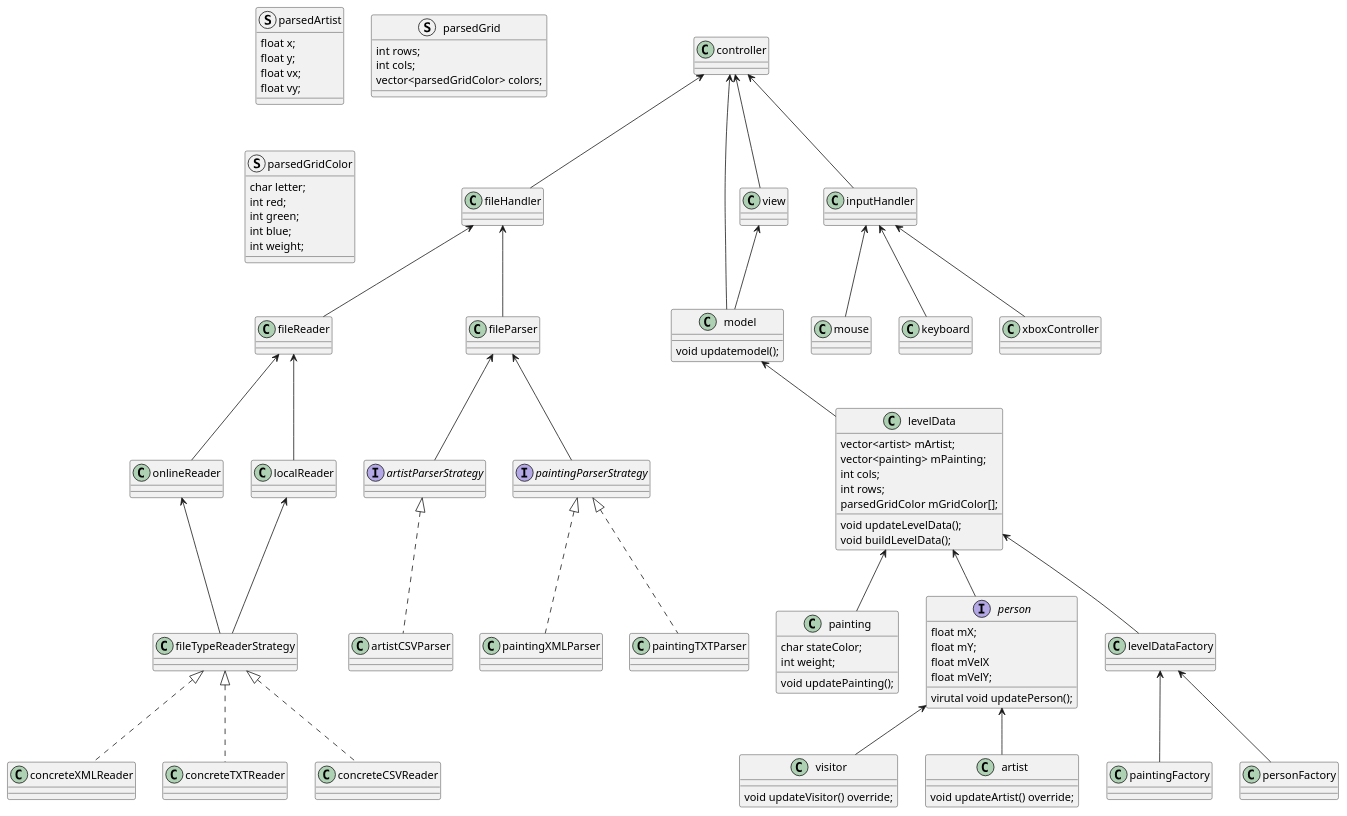
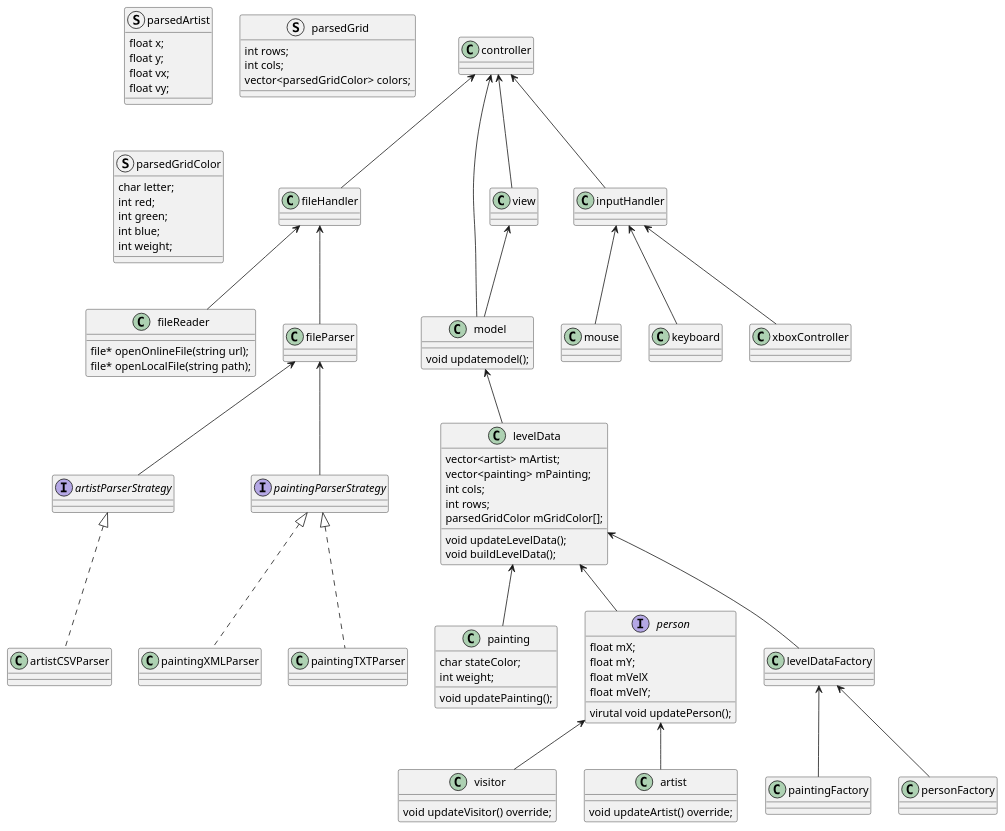
One commit to heavydragon99/AlgaDepa_Assesment changed the diagram in docs/classDiagram.puml. Above: the diagram before and after it, drawn with PlantUML.

Commit message:
Updated class diagram
Removed classes under fileReader and made it into function

```diff
--- a/docs/classDiagram.puml
+++ b/docs/classDiagram.puml
@@ -1,188 +1,159 @@
 @startuml
 
 class fileHandler {
 }
 
 class fileReader {
+    file* openOnlineFile(string url);
+    file* openLocalFile(string path);
 }
 
 class fileParser {
 }
 
 interface artistParserStrategy {
 
 }
 
 interface paintingParserStrategy {
 
 }
 
 
 class artistCSVParser{ 
 }
 
 class paintingXMLParser {
 }
 
 class paintingTXTParser {
-}
-
-class onlineReader {
-
-}
-
-class localReader {
-}
-
-class concreteXMLReader {
-}
-
-class concreteTXTReader {
-}
-
-class concreteCSVReader {
 }
 
 class controller{
 
 }
 
 class model{
     void updatemodel();
 }
 
 class levelData{
     void updateLevelData();
     void buildLevelData();
 
     vector<artist> mArtist;
     vector<painting> mPainting;
     int cols;
     int rows;
     parsedGridColor mGridColor[];
 }
 
 class painting{
     void updatePainting();
 
     char stateColor;
     int weight;
 }
 
 interface person{
     virutal void updatePerson();
 
     float mX;
     float mY;
     float mVelX
     float mVelY;
 }
 
 class visitor{
     void updateVisitor() override;
 }
 
 class artist{
     void updateArtist() override;
 }
 
 class inputHandler{
 }
 
 class mouse{
     ' use 3rd party library to get mouse coordinates and translate to generic data
 }
 
 class keyboard{
     ' use 3rd party library to get keyboard input and translate to generic data
 }
 
 class xboxController{
     ' use 3rd party library to get xbox controller input and translate to generic data
 }
 
 class levelDataFactory{}
 
 class paintingFactory{}
 
 class personFactory{}
 
 class view{}
 
 struct parsedArtist{
     float x;
     float y;
     float vx;
     float vy;
 }
 
 ' vector<char> parsedPainting()
 
 struct parsedGrid{
     int rows;
     int cols;
     vector<parsedGridColor> colors;
 
 }
 
 struct parsedGridColor{
     char letter;
     int red;
     int green;
     int blue;
     int weight;
 }
 
 
 controller <-- fileHandler
 controller <-- model
 controller <-- inputHandler
 controller <-- view
 view <-- model
 
 ' model
 model <-- levelData
 levelData <-- painting
 levelData <-- person
 person <-- visitor
 person <-- artist
 
 
 
 levelData <-- levelDataFactory
 
 levelDataFactory <-- paintingFactory
 levelDataFactory <-- personFactory
 
-
-
 ' filehandler
 fileHandler <-- fileReader
-
-' Reader
-fileReader <-- onlineReader
-fileReader <-- localReader
-
-
-onlineReader <-- fileTypeReaderStrategy
-localReader <-- fileTypeReaderStrategy
-
-fileTypeReaderStrategy <|.. concreteXMLReader
-fileTypeReaderStrategy <|.. concreteTXTReader
-fileTypeReaderStrategy <|.. concreteCSVReader
 
 ' Parser
 fileHandler <-- fileParser
 fileParser <-- artistParserStrategy
 fileParser <-- paintingParserStrategy
 
 artistParserStrategy <|.. artistCSVParser
 paintingParserStrategy <|.. paintingTXTParser
 paintingParserStrategy <|.. paintingXMLParser
 
-
 ' inputHandler
 inputHandler <-- mouse
 inputHandler <-- keyboard
 inputHandler <-- xboxController
 @enduml
```
